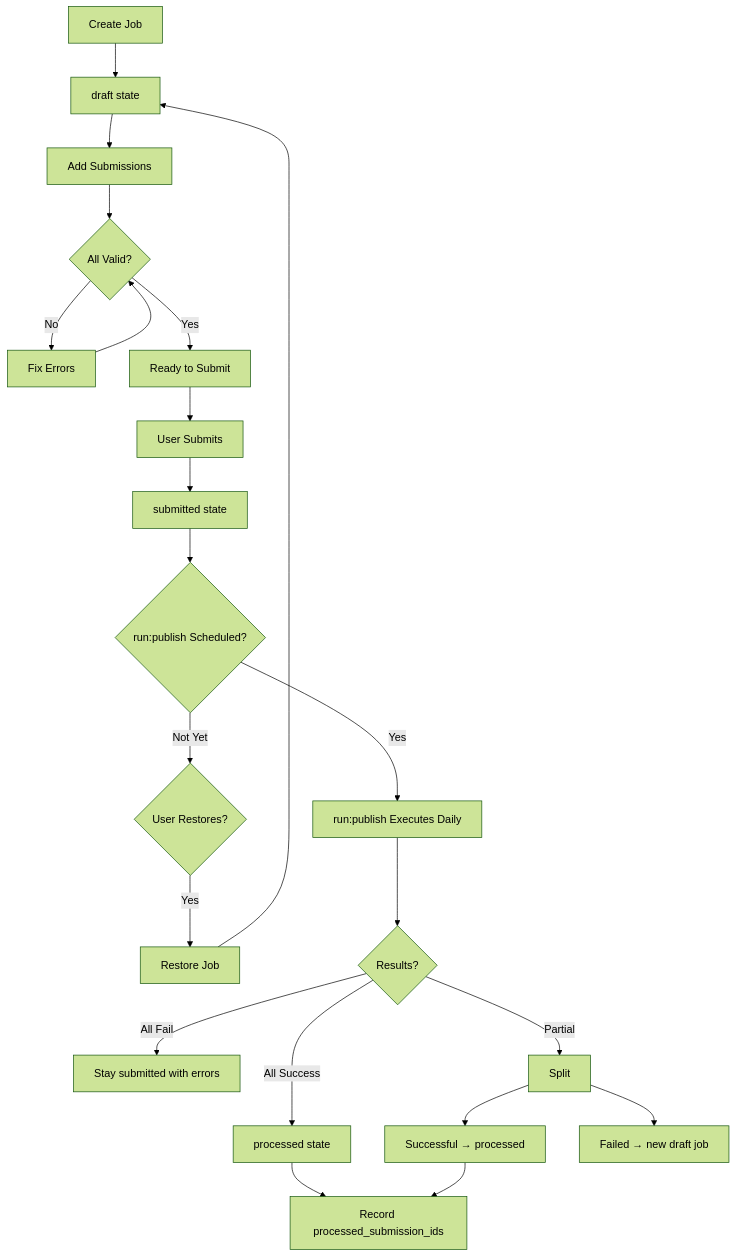
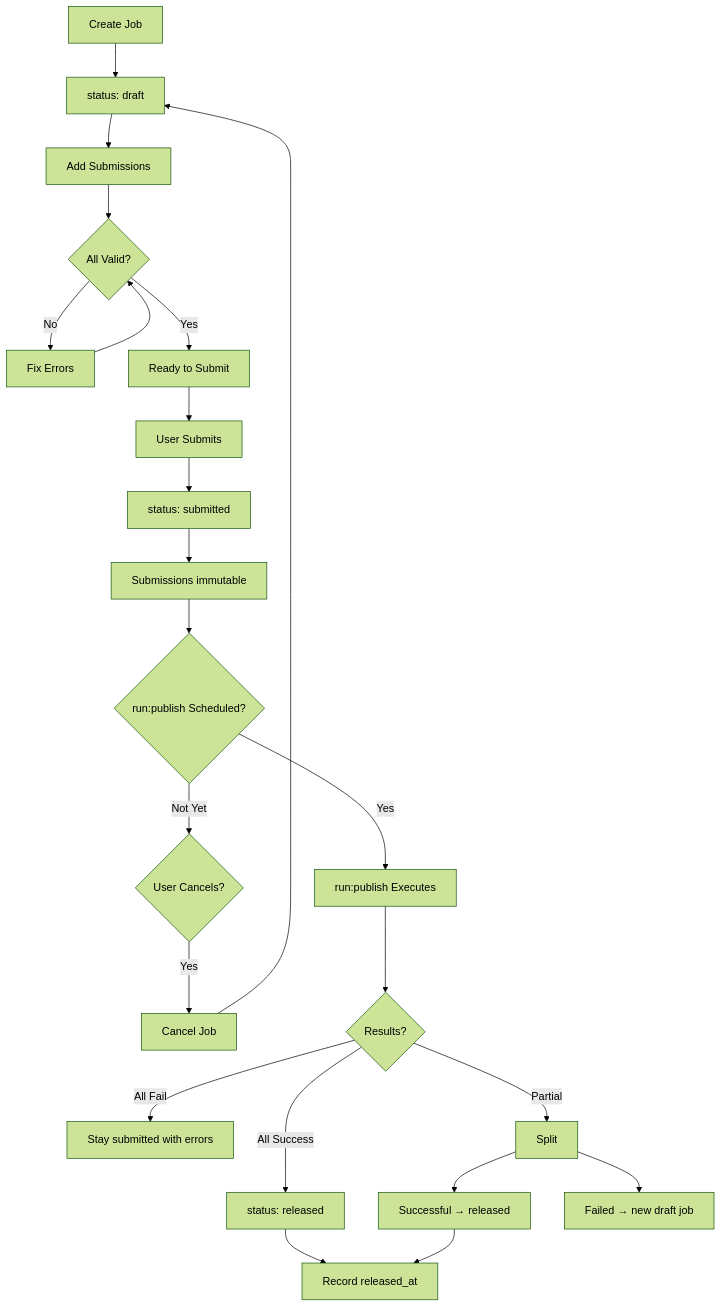
One commit to GeneCurationCoalition/gencc-sub changed diagram 11 of 11 in docs/STATE_MODEL_DIAGRAMS.md. Above: the diagram before and after it, drawn with Mermaid (forest theme). The commit also changed other lines of this file and 11 other files, not shown here.

````diff
--- a/docs/STATE_MODEL_DIAGRAMS.md
+++ b/docs/STATE_MODEL_DIAGRAMS.md
@@ -477,30 +445,31 @@
 ```mermaid
 flowchart TD
-    A[Create Job] --> B[draft state]
+    A[Create Job] --> B[status: draft]
 
     B --> C[Add Submissions]
     C --> D{All Valid?}
     D -->|No| E[Fix Errors]
     E --> D
     D -->|Yes| F[Ready to Submit]
 
     F --> G[User Submits]
-    G --> H[submitted state]
+    G --> H[status: submitted]
+    H --> I[Submissions immutable]
 
-    H --> I{run:publish Scheduled?}
-    I -->|Not Yet| J{User Restores?}
-    J -->|Yes| K[Restore Job]
-    K --> B
+    I --> J{run:publish Scheduled?}
+    J -->|Not Yet| K{User Cancels?}
+    K -->|Yes| L[Cancel Job]
+    L --> B
 
-    I -->|Yes| L[run:publish Executes Daily]
-    L --> M{Results?}
+    J -->|Yes| M[run:publish Executes]
+    M --> N{Results?}
 
-    M -->|All Success| N[processed state]
-    N --> O[Record processed_submission_ids]
-    M -->|All Fail| P[Stay submitted with errors]
-    M -->|Partial| Q[Split]
+    N -->|All Success| O[status: released]
+    O --> P[Record released_at]
+    N -->|All Fail| Q[Stay submitted with errors]
+    N -->|Partial| R[Split]
 
-    Q --> R[Successful → processed]
-    R --> O
-    Q --> S[Failed → new draft job]
+    R --> S[Successful → released]
+    S --> P
+    R --> T[Failed → new draft job]
 ```
````
